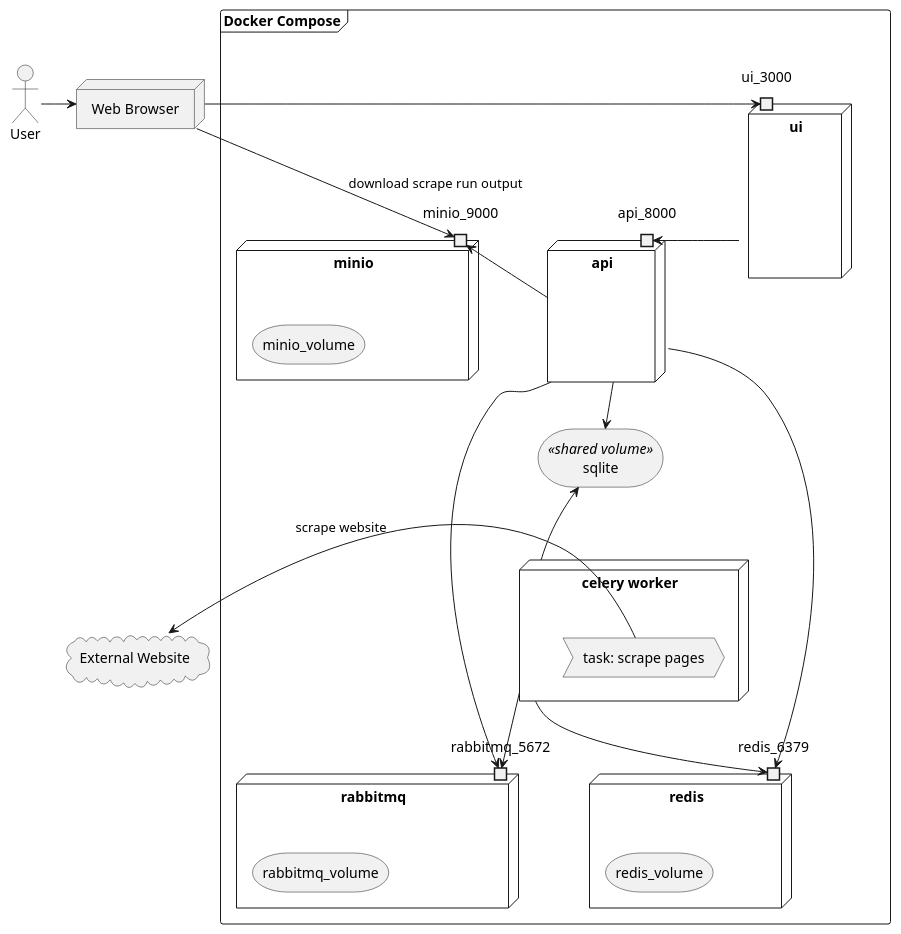
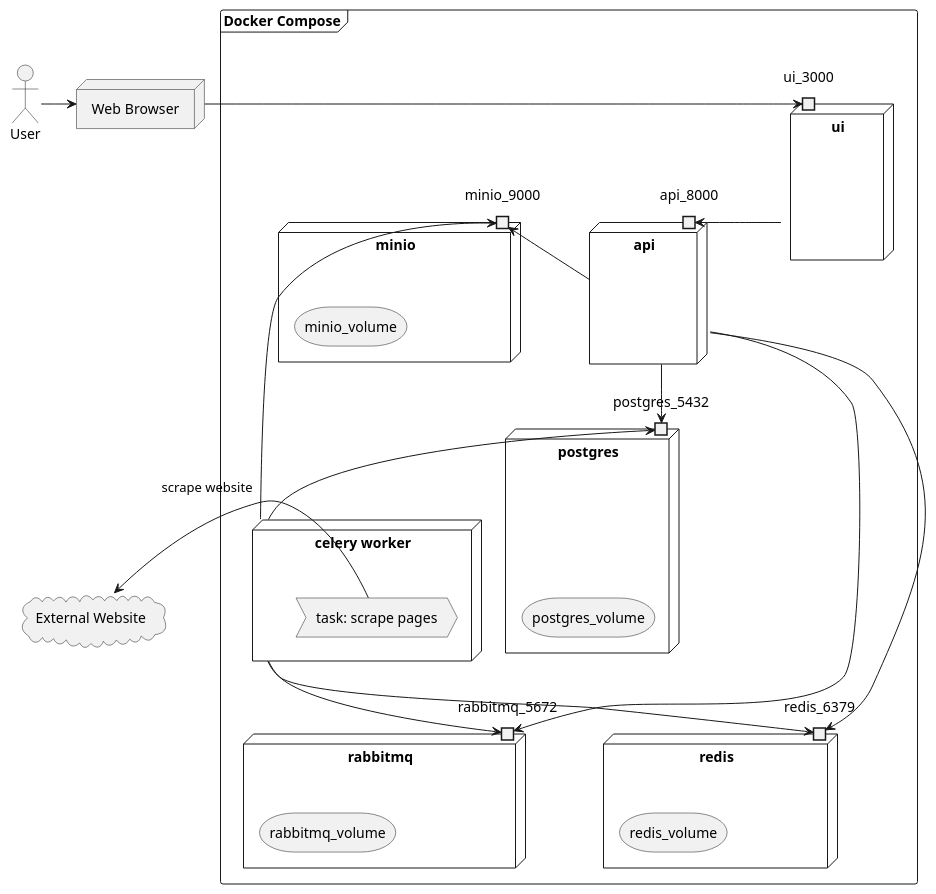
One commit to tejas0908/EasyScraper changed the diagram in docs/plantuml/src/deployment.plantuml. Above: the diagram before and after it, drawn with PlantUML. The commit also changed 9 other files, not shown here.

```diff
--- a/docs/plantuml/src/deployment.plantuml
+++ b/docs/plantuml/src/deployment.plantuml
@@ -1,48 +1,50 @@
 @startuml
 allowmixing
 
 actor "User" as user
 node "Web Browser" as browser {
 }
 
 frame "Docker Compose" {
     node "ui" as ui {
         portin ui_3000
     }
     node "api" as api {
         portin api_8000
     }
-    storage "sqlite" <<shared volume>> as sqlite {
+    node "postgres" as postgres {
+        portin postgres_5432
+        storage "postgres_volume"
     }
     node "rabbitmq" as rabbitmq {
         portin rabbitmq_5672
         storage "rabbitmq_volume"
     }
     node "redis" as redis {
         portin redis_6379
         storage "redis_volume"
     }
     node "celery worker" as celery_worker{
         process "task: scrape pages" as t1
     }
     node "minio" as minio {
         portin minio_9000
         storage "minio_volume"
     }
 }
 
 cloud "External Website" as e1
 
 user -right-> browser
 browser -right-> ui_3000
 ui -right-> api_8000
 api --> rabbitmq_5672
 api --> redis_6379
 celery_worker --> rabbitmq_5672
 celery_worker --> redis_6379
-api --> sqlite
-celery_worker -up-> sqlite
+api --> postgres_5432
+celery_worker -up-> postgres_5432
+celery_worker -up-> minio_9000
 t1 -left-> e1 : scrape website
 api -up-> minio_9000
-browser --> minio_9000 : download scrape run output
 @enduml
```
